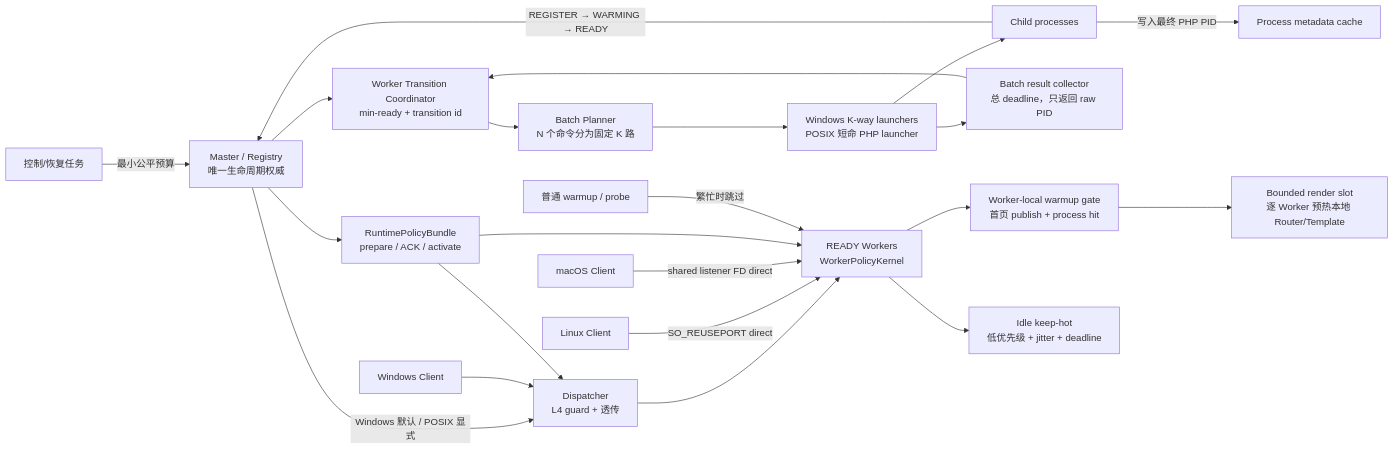
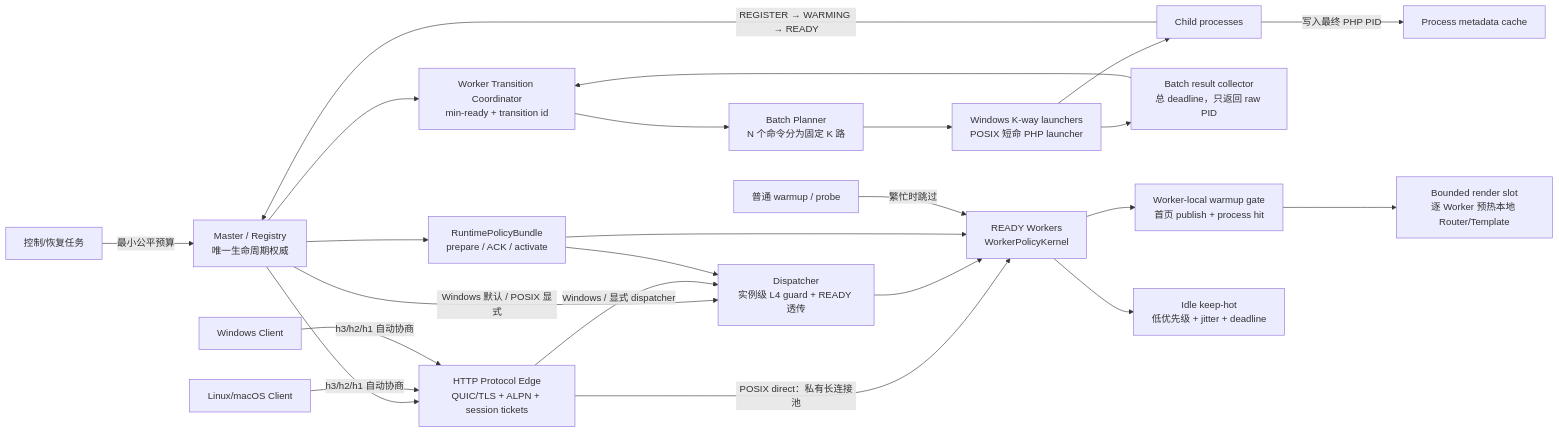
Before and after one commit to Aiweline/WelineFramework: the fourth of 7 diagrams in app/code/Weline/Server/doc/WLS架构图.md, drawn with Mermaid. The commit also changed other lines of this file and 36 other files, not shown here.

Commit message:
feat(server): add automatic HTTP protocol negotiation

````diff
--- a/app/code/Weline/Server/doc/WLS架构图.md
+++ b/app/code/Weline/Server/doc/WLS架构图.md
@@ -123,25 +125,27 @@
 ```mermaid
 flowchart LR
   M["Master / Registry\n唯一生命周期权威"] --> T["Worker Transition Coordinator\nmin-ready + transition id"]
   M --> P["RuntimePolicyBundle\nprepare / ACK / activate"]
   T --> BP["Batch Planner\nN 个命令分为固定 K 路"]
   BP --> L["Windows K-way launchers\nPOSIX 短命 PHP launcher"]
   L --> CH["Child processes"]
   L --> RC["Batch result collector\n总 deadline，只返回 raw PID"]
   RC --> T
   CH -->|"写入最终 PHP PID"| PS["Process metadata cache"]
   CH -->|"REGISTER → WARMING → READY"| M
 
-  M -->|"Windows 默认 / POSIX 显式"| D["Dispatcher\nL4 guard + 透传"]
-  D --> W["READY Workers\nWorkerPolicyKernel"]
-  CL["Linux Client"] -->|"SO_REUSEPORT direct"| W
-  CM["macOS Client"] -->|"shared listener FD direct"| W
-  CW["Windows Client"] --> D
+  M --> E["HTTP Protocol Edge\nQUIC/TLS + ALPN + session tickets"]
+  M -->|"Windows 默认 / POSIX 显式"| D["Dispatcher\n实例级 L4 guard + READY 透传"]
+  E -->|"POSIX direct：私有长连接池"| W["READY Workers\nWorkerPolicyKernel"]
+  E -->|"Windows / 显式 dispatcher"| D
+  D --> W
+  CL["Linux/macOS Client"] -->|"h3/h2/h1 自动协商"| E
+  CW["Windows Client"] -->|"h3/h2/h1 自动协商"| E
   P --> D
   P --> W
   W --> WG["Worker-local warmup gate\n首页 publish + process hit"]
   WG --> SR["Bounded render slot\n逐 Worker 预热本地 Router/Template"]
   W --> KH["Idle keep-hot\n低优先级 + jitter + deadline"]
   CTRL["控制/恢复任务"] -->|"最小公平预算"| M
   BG["普通 warmup / probe"] -->|"繁忙时跳过"| W
 ```
````
